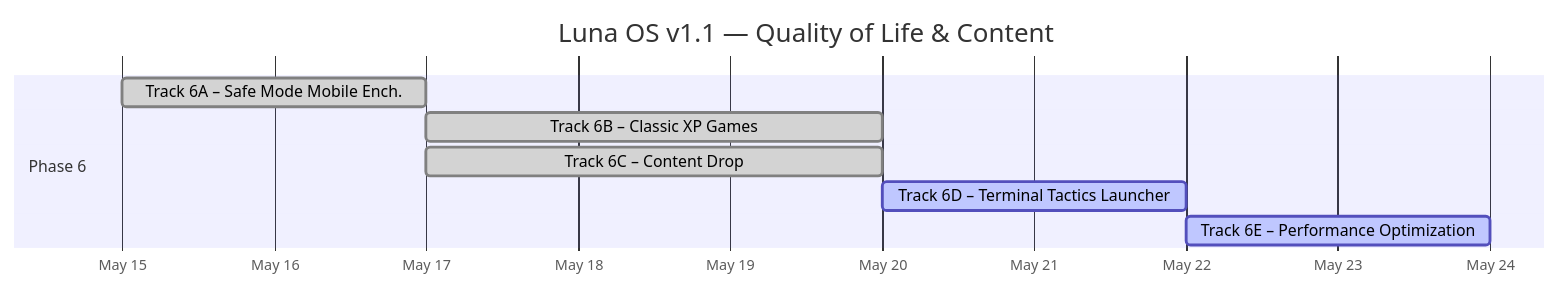
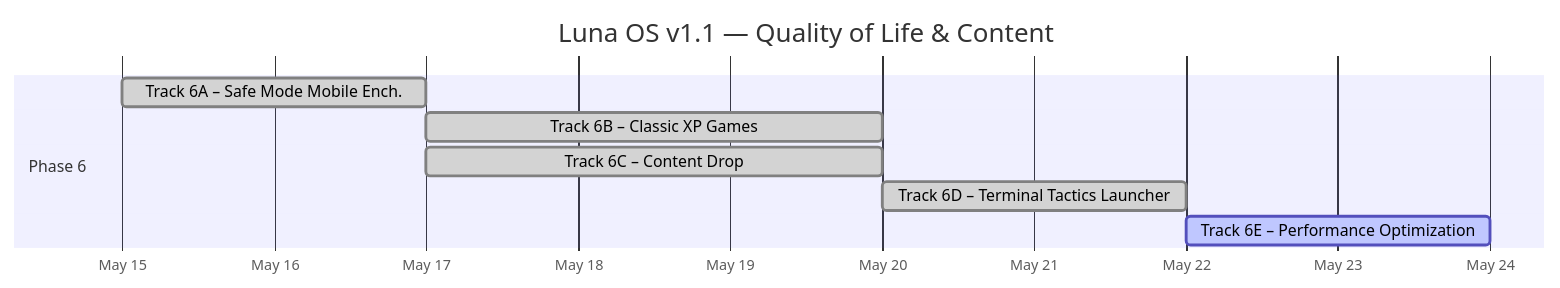
The first of 2 diagrams in docs/ROADMAP_v1.1.md (mansyar/portfolio-v3), drawn with Mermaid before and after one commit. The commit also changed other lines of this file, not shown here.

Commit message:
docs(conductor): Update ROADMAP_v1.1 with completed Track 6D

````diff
--- a/docs/ROADMAP_v1.1.md
+++ b/docs/ROADMAP_v1.1.md
@@ -11,13 +11,13 @@
 ```mermaid
 gantt
     title Luna OS v1.1 — Quality of Life & Content
     dateFormat  YYYY-MM-DD
     axisFormat  %b %d
 
     section Phase 6
     Track 6A – Safe Mode Mobile Ench.   :done, p6a, 2026-05-15, 2d
     Track 6B – Classic XP Games          :done, p6b, after p6a, 3d
     Track 6C – Content Drop              :done, p6c, after p6a, 3d
-    Track 6D – Terminal Tactics Launcher :active, p6d, after p6c, 2d
+    Track 6D – Terminal Tactics Launcher :done, p6d, after p6c, 2d
     Track 6E – Performance Optimization  :active, p6e, after p6d, 2d
 ```
````
